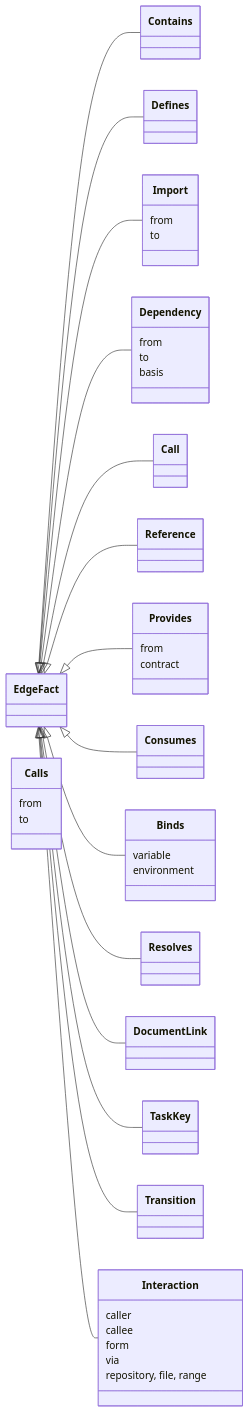
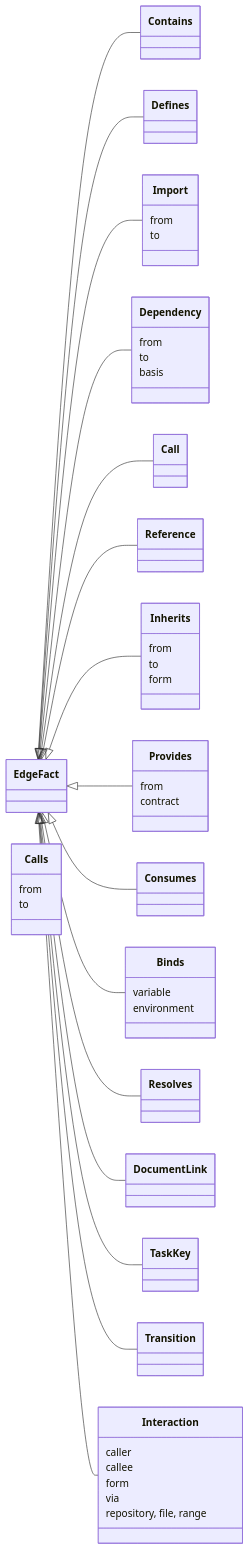
The third of 4 diagrams in docs/changes/madarch-tzte.20.1/design.md (shady2k/madarch), drawn with Mermaid before and after one commit. The commit also changed other lines of this file and 3 other files, not shown here.

````diff
--- a/docs/changes/madarch-tzte.20.1/design.md
+++ b/docs/changes/madarch-tzte.20.1/design.md
@@ -163,47 +168,53 @@
 ```mermaid
 classDiagram
   direction LR
   class EdgeFact
   EdgeFact <|-- Contains
   EdgeFact <|-- Defines
   EdgeFact <|-- Import
   EdgeFact <|-- Dependency
   EdgeFact <|-- Call
   EdgeFact <|-- Reference
+  EdgeFact <|-- Inherits
   EdgeFact <|-- Provides
   EdgeFact <|-- Consumes
   EdgeFact <|-- Binds
   EdgeFact <|-- Resolves
   EdgeFact <|-- DocumentLink
   EdgeFact <|-- TaskKey
   EdgeFact <|-- Transition
   EdgeFact <|-- Interaction
   class Import {
     from
     to
   }
   class Dependency {
     from
     to
     basis
   }
   class Calls {
     from
     to
   }
+  class Inherits {
+    from
+    to
+    form
+  }
   class Provides {
     from
     contract
   }
   class Binds {
     variable
     environment
   }
   class Interaction {
     caller
     callee
     form
     via
     repository, file, range
   }
 ```
````
